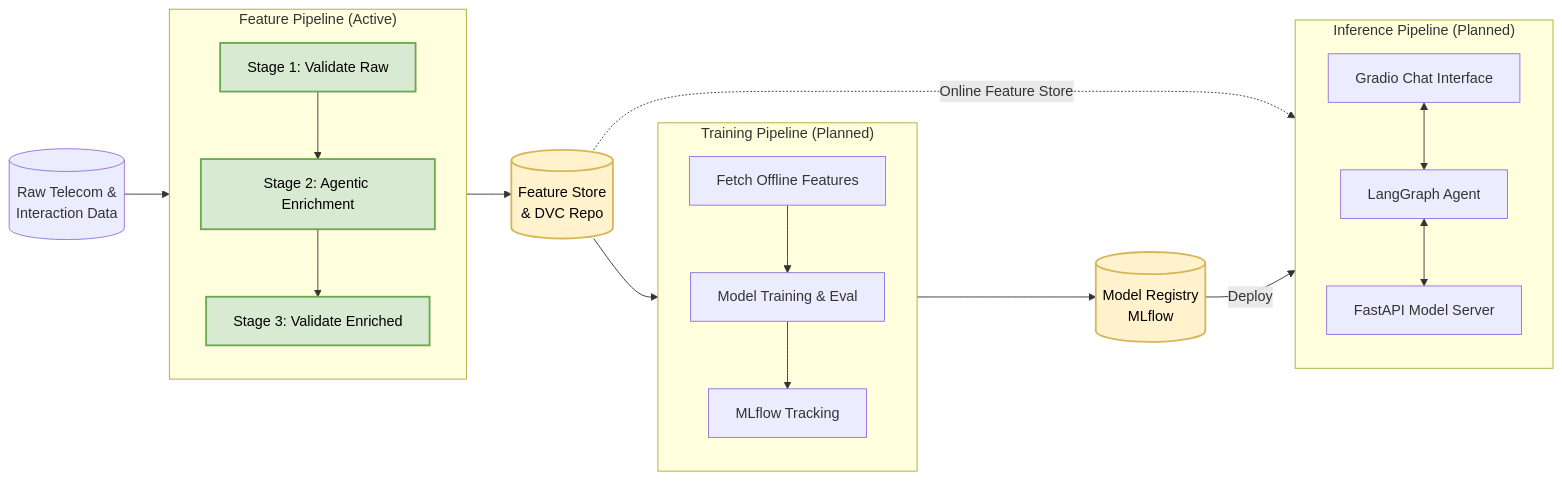
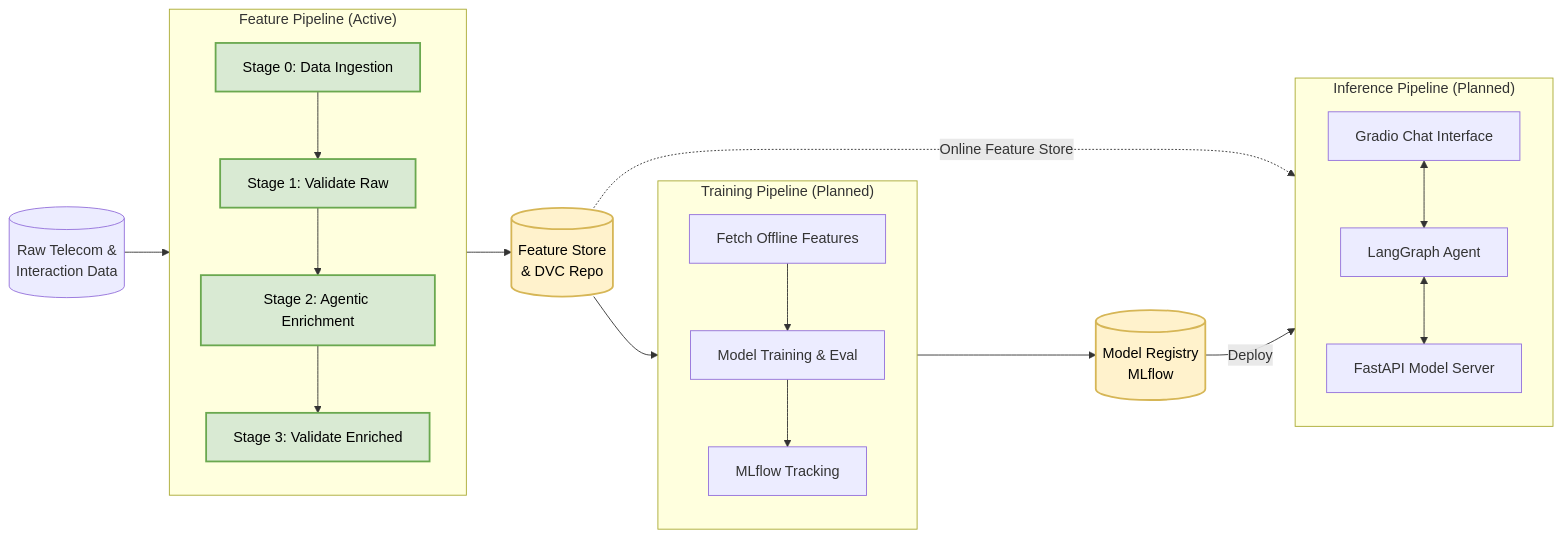
Before and after one commit to SebastianGarrido2790/ai-ml-telecom-customer-churn: the second of 2 diagrams in reports/docs/architecture/architecture.md, drawn with Mermaid. The commit also changed other lines of this file and 11 other files, not shown here.

First line of the commit message:
[FEAT]: Implement Stage 00 (Data Ingestion) and update architecture docs

````diff
--- a/reports/docs/architecture/architecture.md
+++ b/reports/docs/architecture/architecture.md
@@ -85,43 +85,44 @@
 ```mermaid
 flowchart LR
     classDef pipeline fill:#e8ebf7,stroke:#6673af,stroke-width:2px,color:#000;
     classDef registry fill:#fff2cc,stroke:#d6b656,stroke-width:2px,color:#000;
     classDef active fill:#d9ead3,stroke:#6aa84f,stroke-width:2px,color:#000;
 
     RawData[(Raw Telecom &\nInteraction Data)]
 
     subgraph FP ["Feature Pipeline (Active)"]
         direction TB
+        S0[Stage 0: Data Ingestion]:::active
         S1[Stage 1: Validate Raw]:::active
         S2[Stage 2: Agentic Enrichment]:::active
         S3[Stage 3: Validate Enriched]:::active
-        S1 --> S2 --> S3
+        S0 --> S1 --> S2 --> S3
     end
 
     FeatureStore[(Feature Store\n& DVC Repo)]:::registry
 
     subgraph TP ["Training Pipeline (Planned)"]
         direction TB
         FetchFeatures[Fetch Offline Features]
         Train[Model Training & Eval]
         MLflowTracker[MLflow Tracking]
         FetchFeatures --> Train --> MLflowTracker
     end
 
     ModelRegistry[(Model Registry\nMLflow)]:::registry
 
     subgraph IP ["Inference Pipeline (Planned)"]
         direction TB
         Agent[LangGraph Agent]
         API[FastAPI Model Server]
         UX[Gradio Chat Interface]
         UX <--> Agent <--> API
     end
 
     RawData --> FP
     FP --> FeatureStore
     FeatureStore --> TP
     FeatureStore -.->|Online Feature Store| API
     TP --> ModelRegistry
     ModelRegistry -->|Deploy| API
 ```
````
